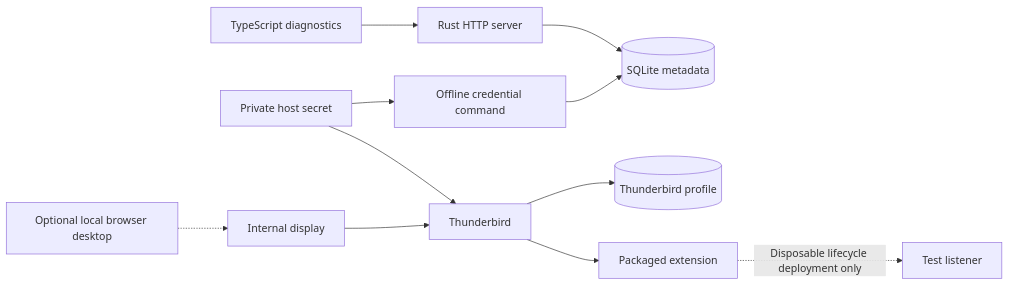
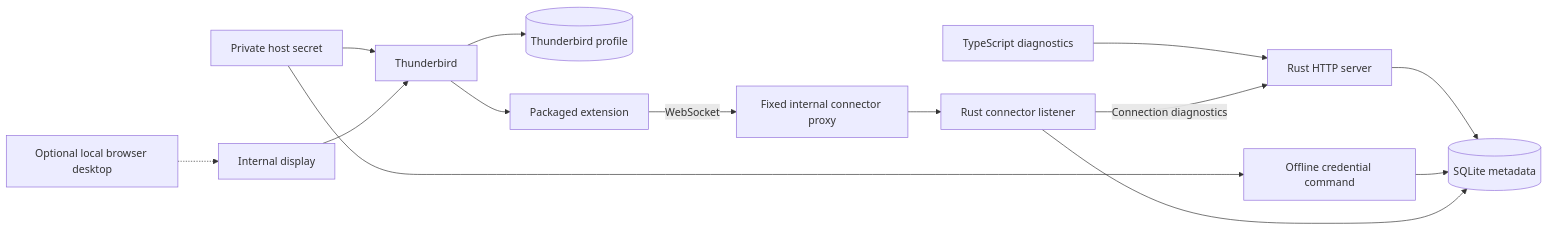
One commit to woswos/raicho changed the diagram in docs/reference/architecture.md. Above: the diagram before and after it, drawn with Mermaid. The commit also changed other lines of this file and 85 other files, not shown here.

````diff
--- a/docs/reference/architecture.md
+++ b/docs/reference/architecture.md
@@ -52,13 +54,16 @@
 ```mermaid
 flowchart LR
     Browser[TypeScript diagnostics] --> Server[Rust HTTP server]
     Server --> State[(SQLite metadata)]
     Provisioner[Offline credential command] --> State
     Secret[Private host secret] --> Provisioner
     Secret --> Thunderbird
     Admin[Optional local browser desktop] -.-> Display[Internal display]
     Display --> Thunderbird[Thunderbird]
     Thunderbird --> Profile[(Thunderbird profile)]
     Thunderbird --> Extension[Packaged extension]
-    Extension -.->|Disposable lifecycle deployment only| Probe[Test listener]
+    Extension -->|WebSocket| Proxy[Fixed internal connector proxy]
+    Proxy --> Listener[Rust connector listener]
+    Listener --> State
+    Listener -->|Connection diagnostics| Server
 ```
````
